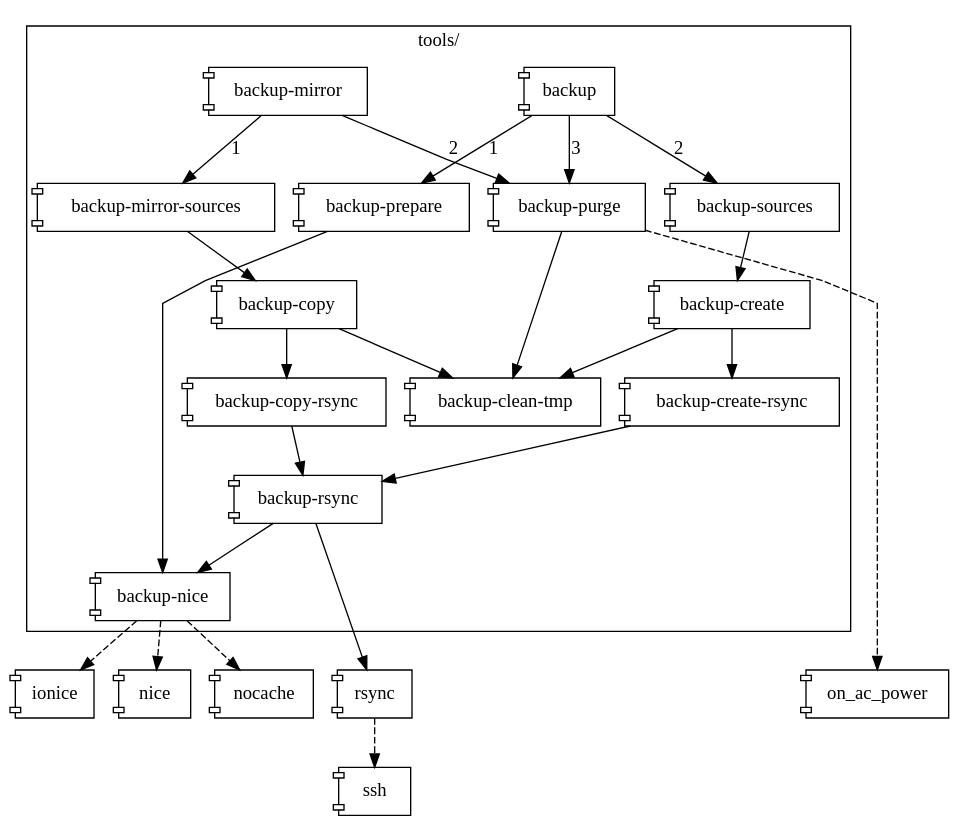
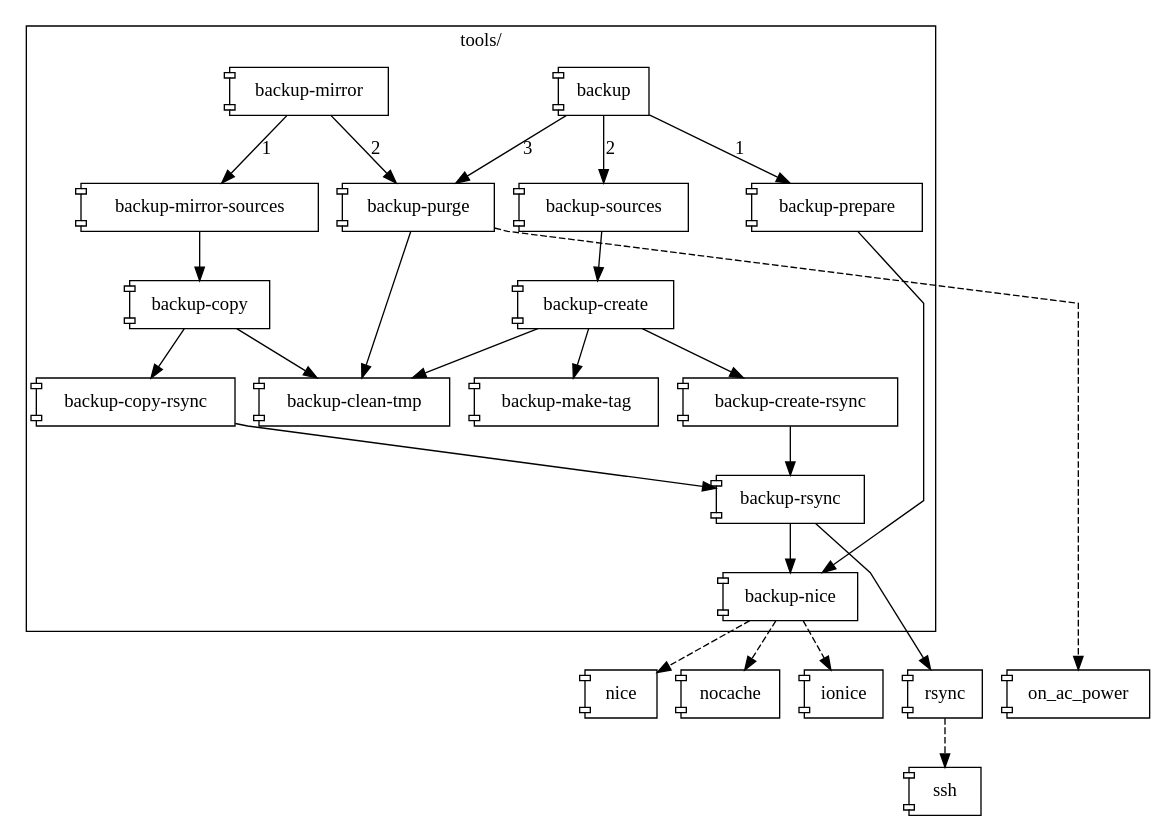
Before and after one commit to eehakkin/rsync-backup: the diagram in tools/doc/backup-all.gv, drawn with Graphviz. The commit also changed 4 other files, not shown here.

```diff
--- a/tools/doc/backup-all.gv
+++ b/tools/doc/backup-all.gv
@@ -1,30 +1,31 @@
 digraph "rsync-backup" {
 	graph	[ splines = polyline ]
 	node	[ shape = component ]
 	subgraph "cluster:tools" {
 		graph	[ label = "tools/" ]
 		node	[ target = "_parent", URL = "../#\N" ]
 		"backup"		-> "backup-prepare"		[ label = 1 ]
 		"backup"		-> "backup-sources"		[ label = 2 ]
 		"backup"		-> "backup-purge"		[ label = 3 ]
 		"backup-copy"		-> "backup-clean-tmp"
 		"backup-copy"		-> "backup-copy-rsync"
 		"backup-copy-rsync"	-> "backup-rsync"
 		"backup-create"		-> "backup-clean-tmp"
 		"backup-create"		-> "backup-create-rsync"
+		"backup-create"		-> "backup-make-tag"
 		"backup-create-rsync"	-> "backup-rsync"
 		"backup-mirror"		-> "backup-mirror-sources"	[ label = 1 ]
 		"backup-mirror"		-> "backup-purge"		[ label = 2 ]
 		"backup-mirror-sources"	-> "backup-copy"
 		"backup-prepare"	-> "backup-nice"		[ minlen = 4 ]
 		"backup-purge"		-> "backup-clean-tmp"
 		"backup-rsync"		-> "backup-nice"
 		"backup-sources"	-> "backup-create"
 	}
 	"backup-nice"	-> "ionice"		[ style = dashed ]
 	"backup-nice"	-> "nice"		[ style = dashed ]
 	"backup-nice"	-> "nocache"		[ style = dashed ]
 	"backup-purge"	-> "on_ac_power"	[ minlen = 5, style = dashed ]
 	"backup-rsync"	-> "rsync"		[ minlen = 2 ]
 	"rsync"		-> "ssh"		[ style = dashed ]
 }
```
